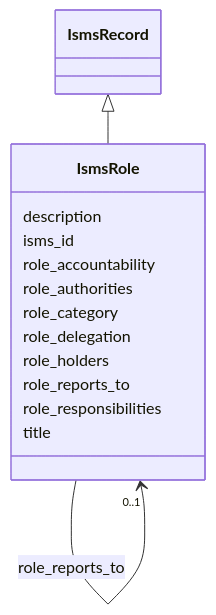
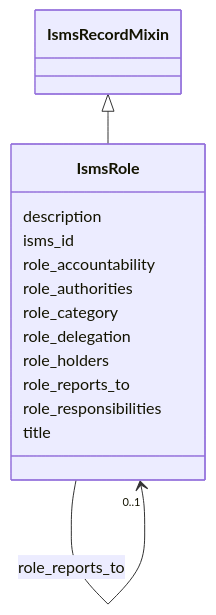
Before and after one commit to lmodel/iso27001: the diagram in project/mermaid/IsmsRole.md, drawn with Mermaid. The commit also changed 171 other files, not shown here.

Commit message:
refactor(schema): make the record base a mixin so adapt can root records

````diff
--- a/project/mermaid/IsmsRole.md
+++ b/project/mermaid/IsmsRole.md
@@ -4,38 +4,38 @@
 ```mermaid
  classDiagram
     class IsmsRole
     click IsmsRole href "../IsmsRole"
-      IsmsRecord <|-- IsmsRole
-        click IsmsRecord href "../IsmsRecord"
+      IsmsRecordMixin <|-- IsmsRole
+        click IsmsRecordMixin href "../IsmsRecordMixin"
       
       IsmsRole : description
         
       IsmsRole : isms_id
         
       IsmsRole : role_accountability
         
       IsmsRole : role_authorities
         
       IsmsRole : role_category
         
       IsmsRole : role_delegation
         
       IsmsRole : role_holders
         
       IsmsRole : role_reports_to
         
           
     
         
         
         IsmsRole --> "0..1" IsmsRole : role_reports_to
         click IsmsRole href "../IsmsRole"
     
 
         
       IsmsRole : role_responsibilities
         
       IsmsRole : title
         
       
 ```
````
